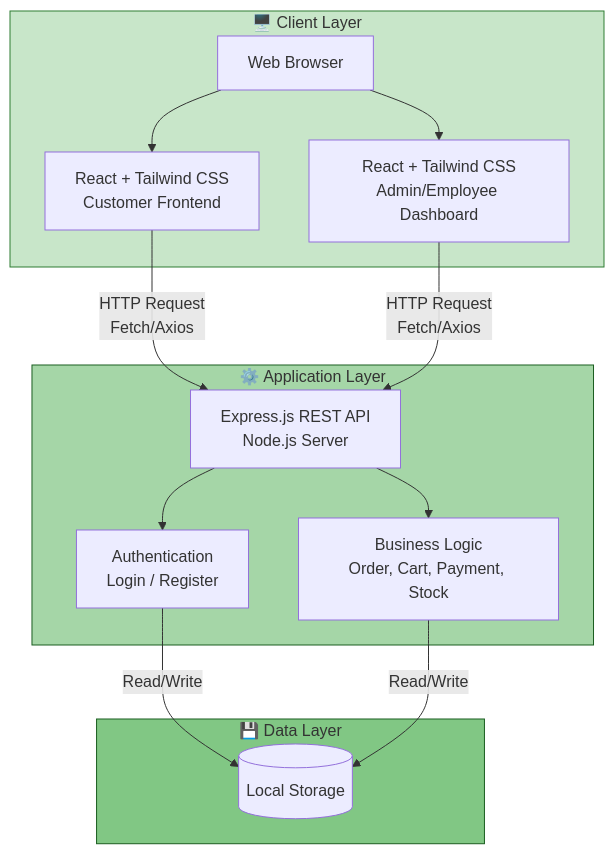
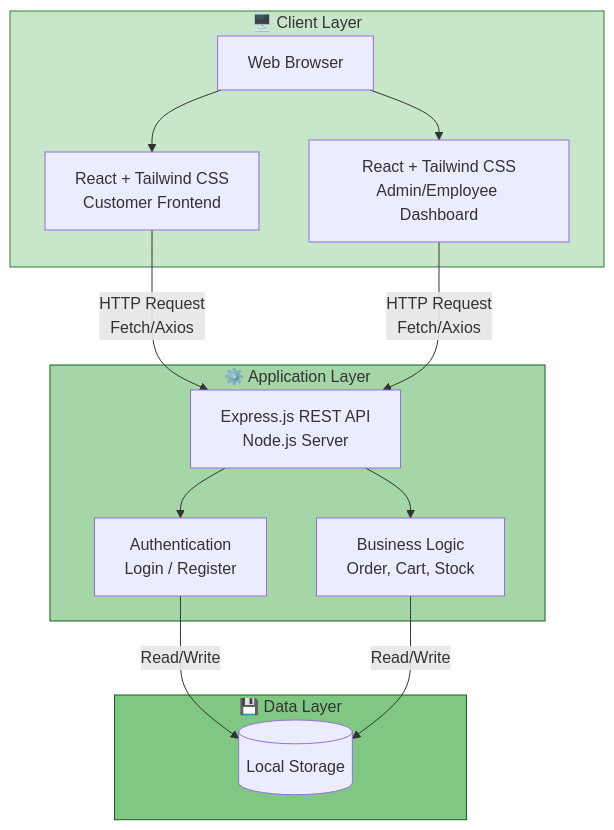
Before and after one commit to ptnsin/Farmart: the first of 2 diagrams in docs/architecture.md, drawn with Mermaid. The commit also changed other lines of this file, not shown here.

````diff
--- a/docs/architecture.md
+++ b/docs/architecture.md
@@ -20,31 +20,31 @@
 ```mermaid
 graph TB
     subgraph Client["🖥️ Client Layer"]
         Browser[Web Browser]
         UI[React + Tailwind CSS<br/>Customer Frontend]
         Admin[React + Tailwind CSS<br/>Admin/Employee Dashboard]
     end
 
     subgraph Server["⚙️ Application Layer"]
         API[Express.js REST API<br/>Node.js Server]
         Auth[Authentication<br/>Login / Register]
-        Business[Business Logic<br/>Order, Cart, Payment, Stock]
+        Business[Business Logic<br/>Order, Cart, Stock]
     end
 
     subgraph Data["💾 Data Layer"]
         DB[(Local Storage)]
     end
 
     Browser --> UI
     Browser --> Admin
     UI -->|HTTP Request<br/>Fetch/Axios| API
     Admin -->|HTTP Request<br/>Fetch/Axios| API
     API --> Auth
     API --> Business
     Auth -->|Read/Write| DB
     Business -->|Read/Write| DB
 
     style Client fill:#c8e6c9,stroke:#2e7d32
     style Server fill:#a5d6a7,stroke:#1b5e20
     style Data fill:#81c784,stroke:#1b5e20
 ```
````
